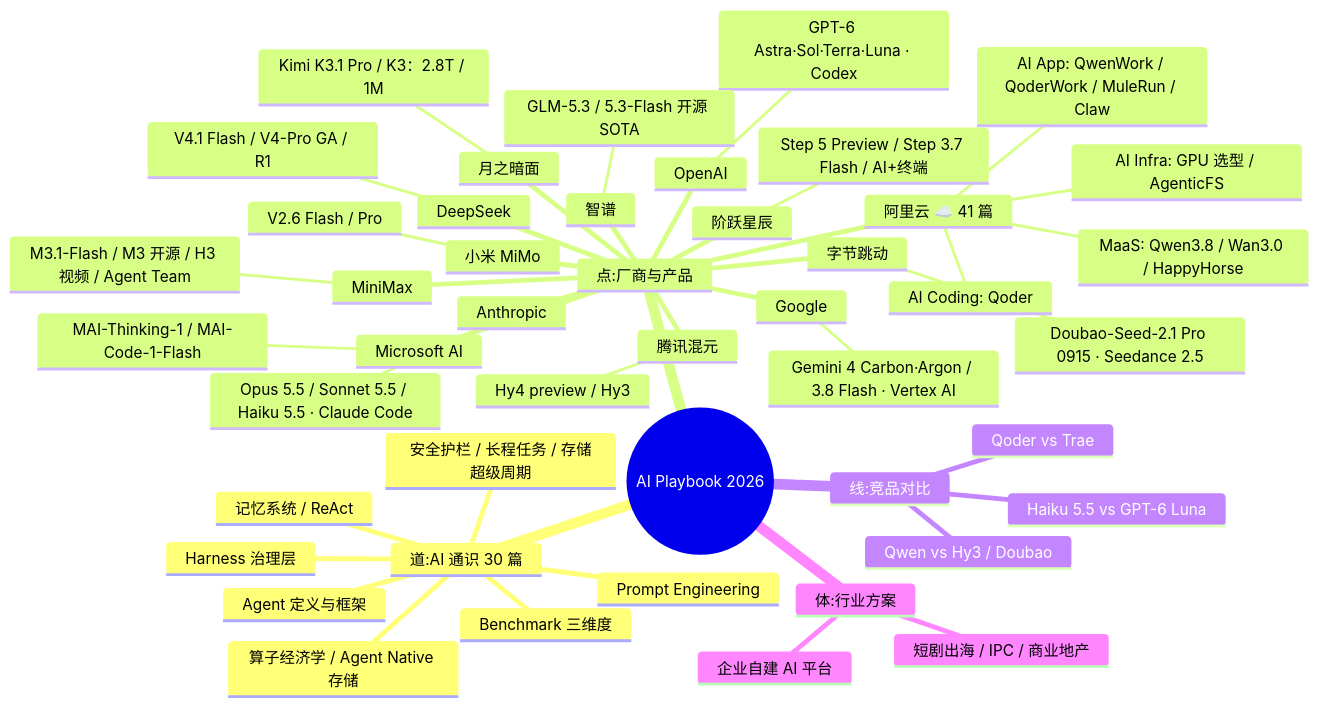
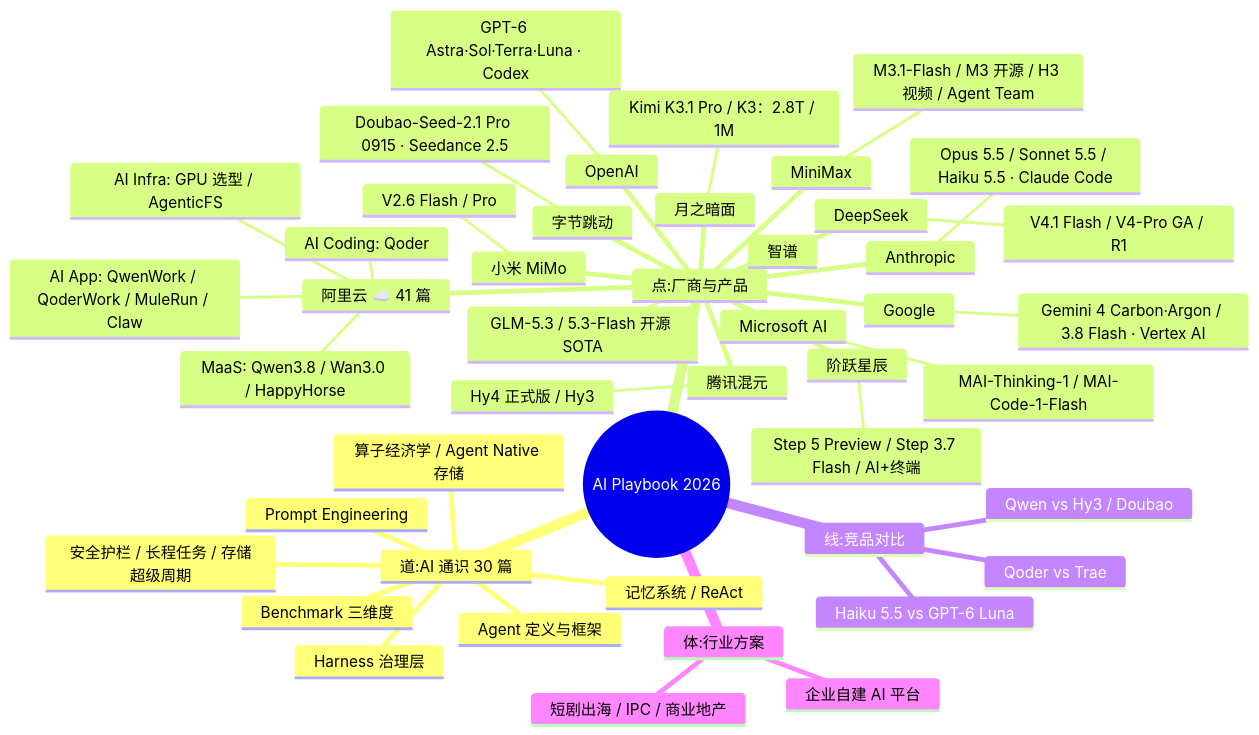
Before and after one commit to EthanNiWorld/ai-playbook-2026: the first of 2 diagrams in README.md, drawn with Mermaid. The commit also changed other lines of this file and 6 other files, not shown here.

````diff
--- a/README.md
+++ b/README.md
@@ -151,49 +151,49 @@
 ```mermaid
 mindmap
   root((AI Playbook 2026))
     道:AI 通识 30 篇
       Agent 定义与框架
       Harness 治理层
       Prompt Engineering
       Benchmark 三维度
       记忆系统 / ReAct
       安全护栏 / 长程任务 / 存储超级周期
       算子经济学 / Agent Native 存储
     点:厂商与产品
       阿里云 ☁️ 41 篇
         MaaS: Qwen3.8 / Wan3.0 / HappyHorse
         AI Coding: Qoder
         AI App: QwenWork / QoderWork / MuleRun / Claw
         AI Infra: GPU 选型 / AgenticFS
       Anthropic
         Opus 5.5 / Sonnet 5.5 / Haiku 5.5 · Claude Code
       OpenAI
         GPT-6 Astra·Sol·Terra·Luna · Codex
       Google
         Gemini 4 Carbon·Argon / 3.8 Flash · Vertex AI
       Microsoft AI
         MAI-Thinking-1 / MAI-Code-1-Flash
       DeepSeek
         V4.1 Flash / V4-Pro GA / R1
       智谱
         GLM-5.3 / 5.3-Flash 开源 SOTA
       月之暗面
         Kimi K3.1 Pro / K3：2.8T / 1M
       MiniMax
         M3.1-Flash / M3 开源 / H3 视频 / Agent Team
       字节跳动
         Doubao-Seed-2.1 Pro 0915 · Seedance 2.5
       腾讯混元
-        Hy4 preview / Hy3
+        Hy4 正式版 / Hy3
       小米 MiMo
         V2.6 Flash / Pro
       阶跃星辰
         Step 5 Preview / Step 3.7 Flash / AI+终端
     线:竞品对比
       Qoder vs Trae
       Qwen vs Hy3 / Doubao
       Haiku 5.5 vs GPT-6 Luna
     体:行业方案
       企业自建 AI 平台
       短剧出海 / IPC / 商业地产
 ```
````
